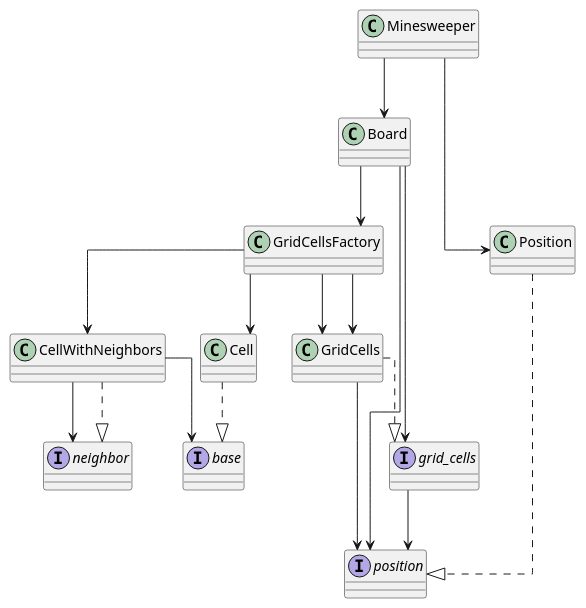
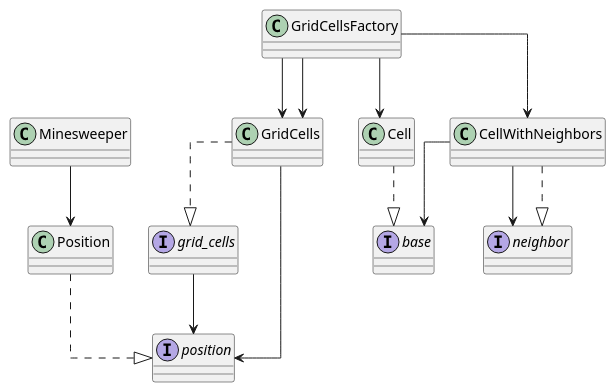
One commit to Yuhi-Sato/minesweeper changed the diagram in diagrams/overview.plantuml. Above: the diagram before and after it, drawn with PlantUML. The commit also changed 10 other files, not shown here.

```diff
--- a/diagrams/overview.plantuml
+++ b/diagrams/overview.plantuml
@@ -1,40 +1,35 @@
 @startuml overview
 
 top to bottom direction
 
 skinparam defaultFontName HackGen
 
 skinparam linetype ortho
 
 interface grid_cells {}
 interface position {}
 interface neighbor {}
 interface base {}
 
-Minesweeper --> Board
 Minesweeper --> Position
-
-Board --> grid_cells
-Board --> position
-Board --> GridCellsFactory
 
 GridCellsFactory --> GridCells
 
 GridCells ..|> grid_cells
 GridCells --> position
 
 grid_cells --> position
 
 Position ..|> position
 
 GridCellsFactory --> Cell
 GridCellsFactory --> CellWithNeighbors
 GridCellsFactory --> GridCells
 
 CellWithNeighbors --> neighbor
 CellWithNeighbors ..|> neighbor
 CellWithNeighbors --> base
 
 Cell ..|> base
 
 @enduml
```
